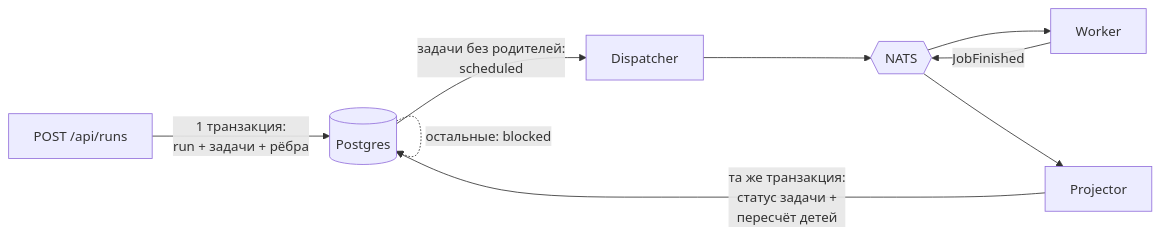
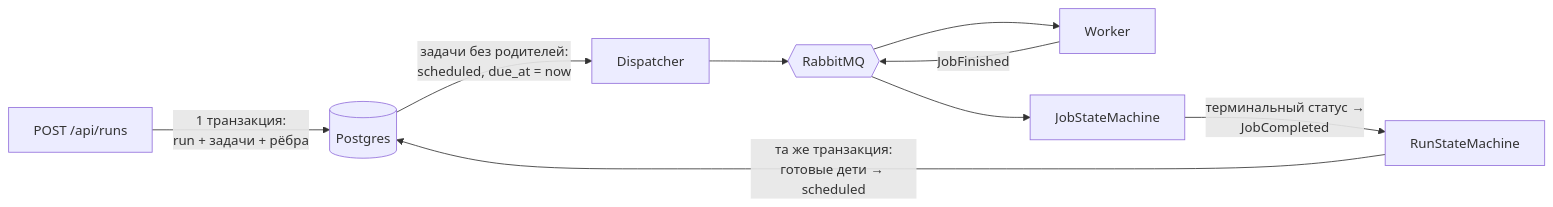
Before and after one commit to aminjonshermatov/TaskFlow: the fifth of 5 diagrams in docs/spec.md, drawn with Mermaid. The commit also changed other lines of this file and 7 other files, not shown here.

````diff
--- a/docs/spec.md
+++ b/docs/spec.md
@@ -790,9 +753,9 @@
 ```mermaid
 flowchart LR
     API["POST /api/runs"] -->|"1 транзакция:<br/>run + задачи + рёбра"| PG[("Postgres")]
-    PG -->|"задачи без родителей:<br/>scheduled"| D["Dispatcher"]
-    PG -.->|"остальные: blocked"| PG
-    D --> NATS{{"NATS"}} --> W["Worker"]
-    W -->|"JobFinished"| NATS --> P["Projector"]
-    P -->|"та же транзакция:<br/>статус задачи +<br/>пересчёт детей"| PG
+    PG -->|"задачи без родителей:<br/>scheduled, due_at = now"| D["Dispatcher"]
+    D --> MQ{{"RabbitMQ"}} --> W["Worker"]
+    W -->|"JobFinished"| MQ --> JS["JobStateMachine"]
+    JS -->|"терминальный статус →<br/>JobCompleted"| RS["RunStateMachine"]
+    RS -->|"та же транзакция:<br/>готовые дети → scheduled"| PG
 ```
````
